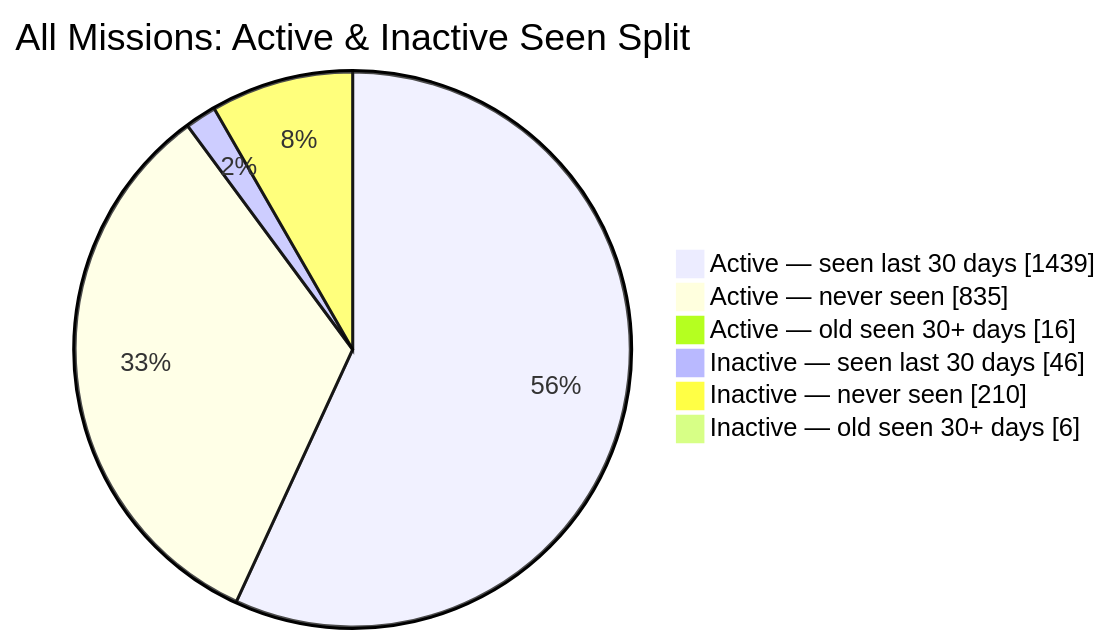
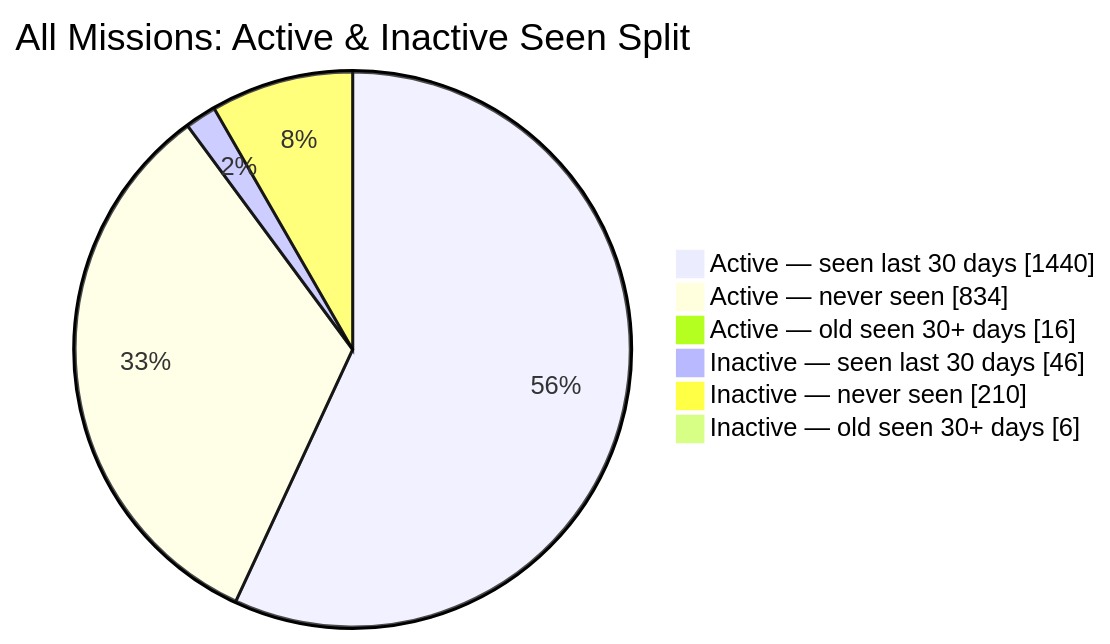
Before and after one commit to MeldkamerspelGameTeam/active-missions: the second of 2 diagrams in README.md, drawn with Mermaid. The commit also changed other lines of this file and 3 other files, not shown here.

````diff
--- a/README.md
+++ b/README.md
@@ -44,10 +44,10 @@
 ```mermaid
 pie showData
     title All Missions: Active & Inactive Seen Split
-    "Active — seen last 30 days" : 1439
-    "Active — never seen" : 835
+    "Active — seen last 30 days" : 1440
+    "Active — never seen" : 834
     "Active — old seen 30+ days" : 16
     "Inactive — seen last 30 days" : 46
     "Inactive — never seen" : 210
     "Inactive — old seen 30+ days" : 6
 ```
````
